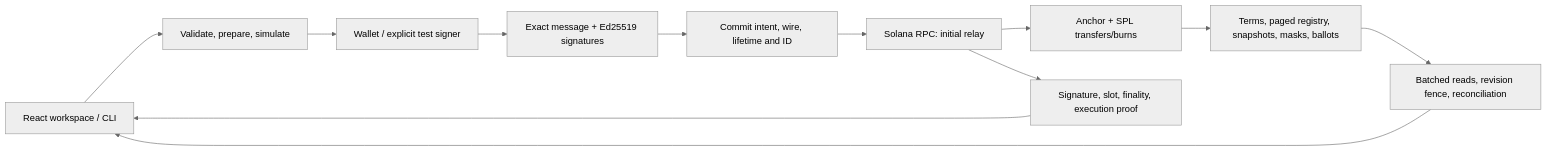
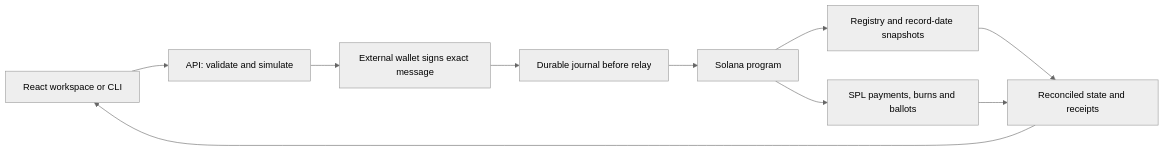
Before and after one commit to dimik98330/solana-worldsfair-2026: the diagram in README.md, drawn with Mermaid (neutral theme). The commit also changed other lines of this file and 75 other files, not shown here.

````diff
--- a/README.md
+++ b/README.md
@@ -91,14 +56,12 @@
 ```mermaid
 flowchart LR
-  UI[React workspace / CLI] --> API[Validate, prepare, simulate]
-  API --> Sign[Wallet / explicit test signer]
-  Sign --> Relay[Exact message + Ed25519 signatures]
-  Relay --> DB[Commit intent, wire, lifetime and ID]
-  DB --> RPC[Solana RPC: initial relay]
-  RPC --> Program[Anchor + SPL transfers/burns]
-  Program --> State[Terms, paged registry, snapshots, masks, ballots]
-  State --> Read[Batched reads, revision fence, reconciliation]
-  Read --> UI
-  RPC --> Proof[Signature, slot, finality, execution proof]
-  Proof --> UI
+  A[React workspace or CLI] --> B[API: validate and simulate]
+  B --> C[External wallet signs exact message]
+  C --> D[Durable journal before relay]
+  D --> E[Solana program]
+  E --> F[Registry and record-date snapshots]
+  E --> G[SPL payments, burns and ballots]
+  F --> H[Reconciled state and receipts]
+  G --> H
+  H --> A
 ```
````
